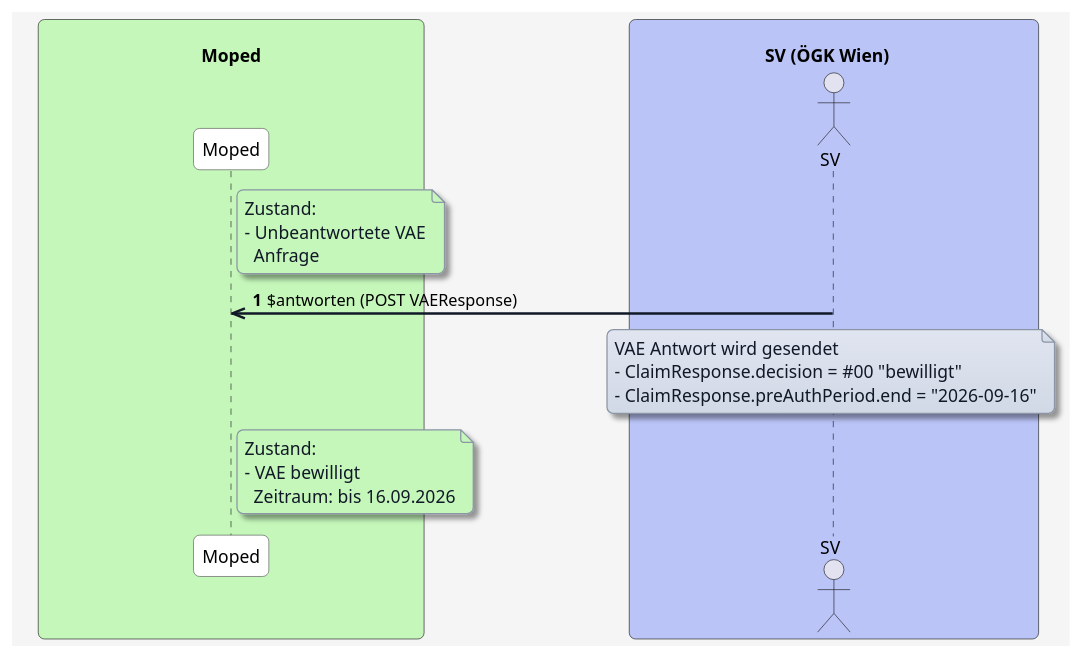
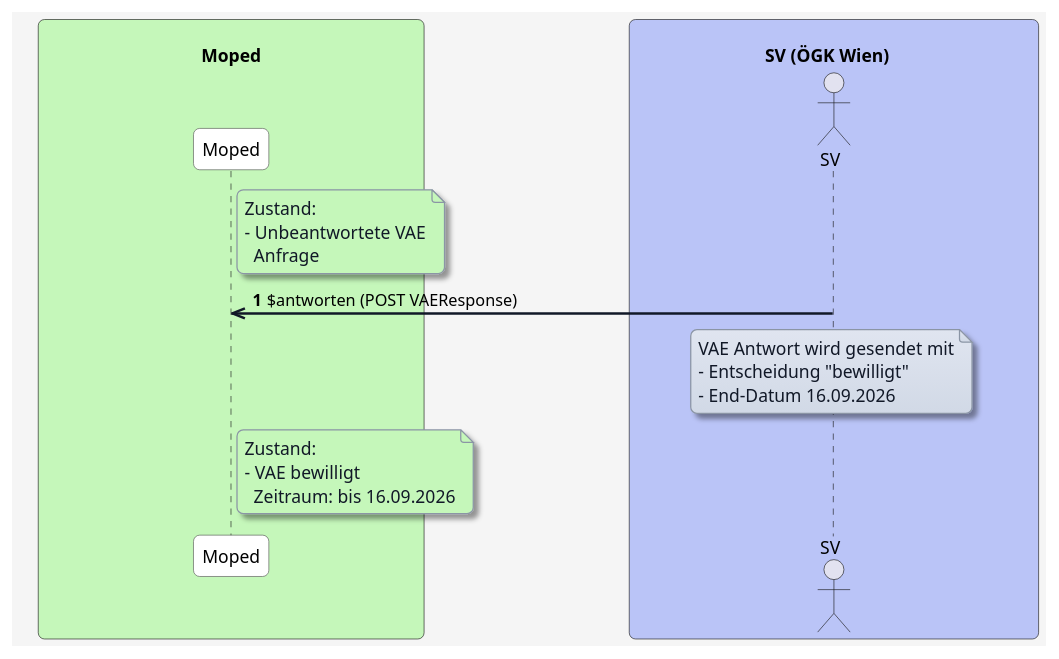
One commit to HL7Austria/ELGA-MOPED-R5 changed the diagram in input/images-source/Versichertenanspruchserklärung/antworten-positiv-zeitraum.plantuml. Above: the diagram before and after it, drawn with PlantUML. The commit also changed 6 other files, not shown here.

```diff
--- a/input/images-source/Versichertenanspruchserklärung/antworten-positiv-zeitraum.plantuml
+++ b/input/images-source/Versichertenanspruchserklärung/antworten-positiv-zeitraum.plantuml
@@ -1,72 +1,72 @@
 @startuml
 skinparam borderColor #000000
 skinparam backgroundColor #f5f5f5
 skinparam shadowing false
 skinparam roundCorner 10
 skinparam defaultFontName "Arial"
 skinparam defaultFontSize 14
 skinparam defaultFontColor #000000
 
 skinparam note {
   BackgroundColor #e0e5f0-#d1d9e6
   BorderColor #8b95a5
   BorderThickness 1
   RoundCorner 8
   Padding 6
   FontColor #111827
   Shadowing true
 }
 
 skinparam HyperlinkColor #0000EE
 skinparam HyperlinkUnderline false
 
 skinparam sequence {
   ParticipantBorderColor #555555
   ParticipantBackgroundColor #ffffff
   ParticipantFontColor #000000
   ParticipantFontSize 14
   ParticipantPadding 20
   ArrowColor #111827
   ArrowThickness 2
   ArrowFontColor #000000
   ArrowFontSize 13
   GroupBorderColor #111827
   GroupBackgroundColor #f3f4f6
   GroupBorderThickness 1
 }
 
 skinparam BoxPadding 20
 skinparam BoxBorderColor #555555
 
 box "\n                                   Moped                                   " #c5f7ba
   participant MP as "Moped"
 end box
 
 
 box "\n                             SV (ÖGK Wien)                                " #bac4f7
   actor SV as "SV"
 end box
 
 autonumber
 
 note right of MP #c5f7ba
 Zustand:
 - Unbeantwortete VAE
   Anfrage
 end note
 
 SV ->> MP: $antworten (POST VAEResponse)
 
 note over SV
-VAE Antwort wird gesendet
-- ClaimResponse.decision = #00 "bewilligt"
-- ClaimResponse.preAuthPeriod.end = "2026-09-16"
+VAE Antwort wird gesendet mit
+- Entscheidung "bewilligt"
+- End-Datum 16.09.2026
 end note
 
 note right of MP #c5f7ba
 Zustand:
 - VAE bewilligt 
   Zeitraum: bis 16.09.2026
 end note
 
 @enduml
```
